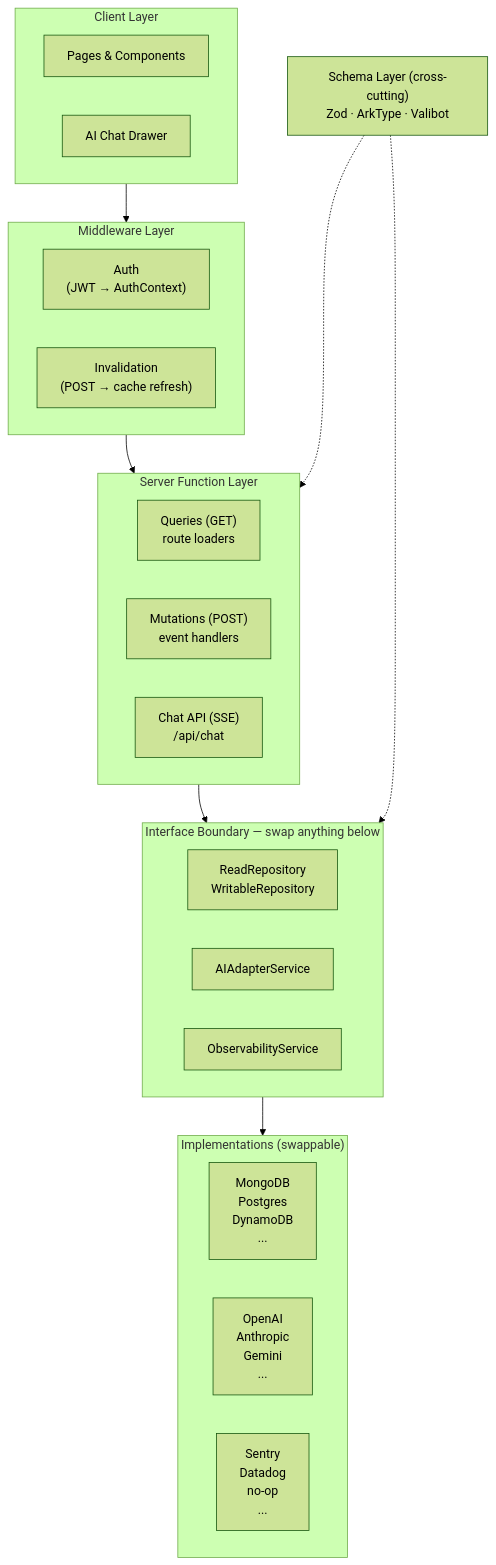
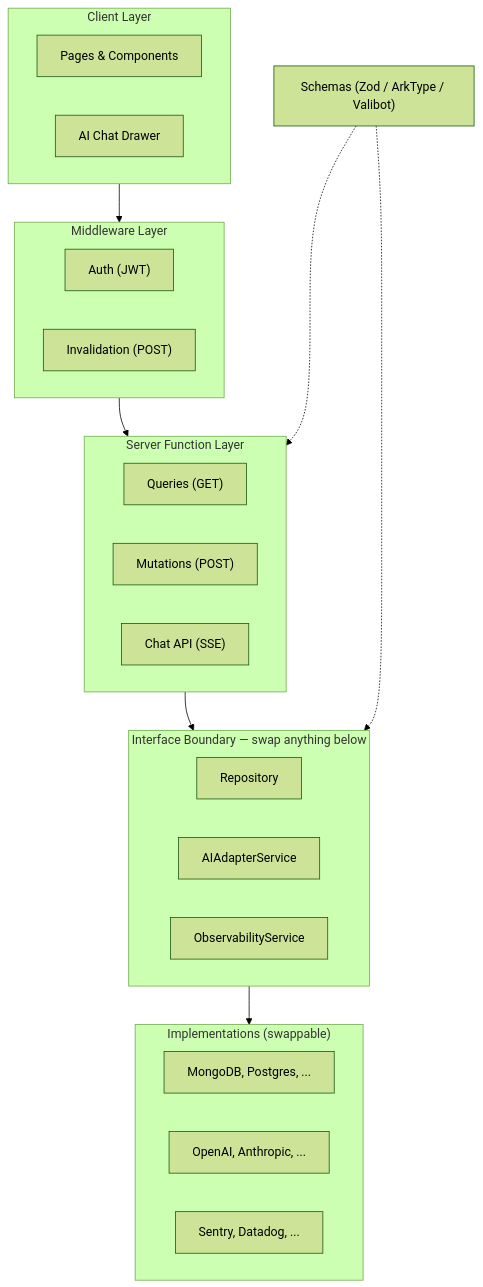
One commit to carlosvin/tanstack-fullstack-ai-template changed the first of 2 diagrams in README.md. Above: the diagram before and after it, drawn with Mermaid (forest theme). The commit also changed other lines of this file, not shown here.

First line of the commit message:
Refine README.md for improved clarity and consistency in architecture diagrams

````diff
--- a/README.md
+++ b/README.md
@@ -31,43 +31,43 @@
 ```mermaid
 flowchart TB
     subgraph Client ["Client Layer"]
         direction LR
         Pages["Pages & Components"]
         Chat["AI Chat Drawer"]
     end
 
     subgraph Mid ["Middleware Layer"]
         direction LR
-        AuthMW["Auth\n(JWT → AuthContext)"]
-        InvMW["Invalidation\n(POST → cache refresh)"]
+        AuthMW["Auth (JWT)"]
+        InvMW["Invalidation (POST)"]
     end
 
     subgraph Server ["Server Function Layer"]
         direction LR
-        GET["Queries (GET)\nroute loaders"]
-        POST["Mutations (POST)\nevent handlers"]
-        SSE["Chat API (SSE)\n/api/chat"]
+        GET["Queries (GET)"]
+        POST["Mutations (POST)"]
+        SSE["Chat API (SSE)"]
     end
 
     subgraph Boundary ["Interface Boundary — swap anything below"]
         direction LR
-        Repo["ReadRepository\nWritableRepository"]
+        Repo["Repository"]
         AI["AIAdapterService"]
         Obs["ObservabilityService"]
     end
 
     subgraph Impl ["Implementations (swappable)"]
         direction LR
-        DB["MongoDB\nPostgres\nDynamoDB\n..."]
-        LLM["OpenAI\nAnthropic\nGemini\n..."]
-        Mon["Sentry\nDatadog\nno-op\n..."]
+        DB["MongoDB, Postgres, ..."]
+        LLM["OpenAI, Anthropic, ..."]
+        Mon["Sentry, Datadog, ..."]
     end
 
-    Schemas["Schema Layer (cross-cutting)\nZod · ArkType · Valibot"]
+    Schemas["Schemas (Zod / ArkType / Valibot)"]
 
     Client --> Mid --> Server
     Server --> Boundary
     Boundary --> Impl
     Schemas -..-> Server
     Schemas -..-> Boundary
 ```
````
